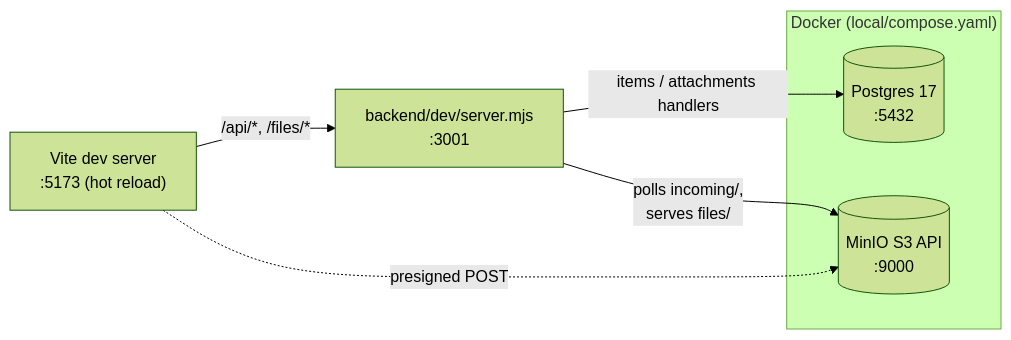
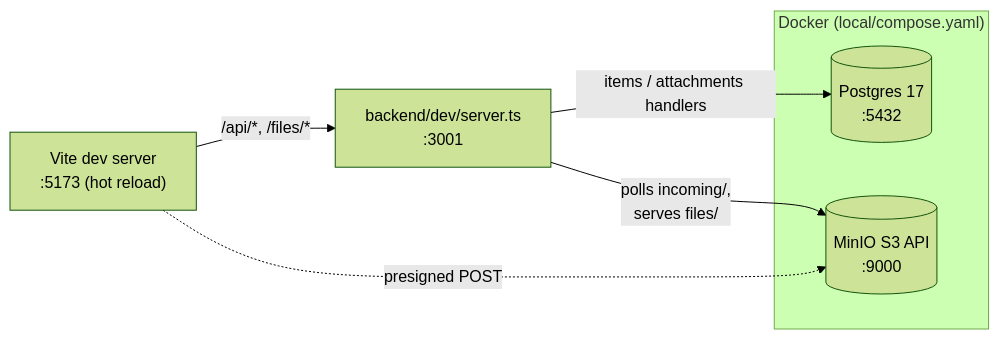
Before and after one commit to ssokurenko/aws-terraform-fullstack: the third of 4 diagrams in README.md, drawn with Mermaid (forest theme). The commit also changed other lines of this file and 55 other files, not shown here.

````diff
--- a/README.md
+++ b/README.md
@@ -165,13 +171,13 @@
 ```mermaid
 flowchart LR
     vite["Vite dev server<br/>:5173 (hot reload)"]
-    dev["backend/dev/server.mjs<br/>:3001"]
+    dev["backend/dev/server.ts<br/>:3001"]
     subgraph docker["Docker (local/compose.yaml)"]
         pg[("Postgres 17<br/>:5432")]
         minio[("MinIO S3 API<br/>:9000")]
     end
     vite -->|"/api/*, /files/*"| dev
     vite -.->|"presigned POST"| minio
     dev -->|"items / attachments handlers"| pg
     dev -->|"polls incoming/,<br/>serves files/"| minio
 ```
````
